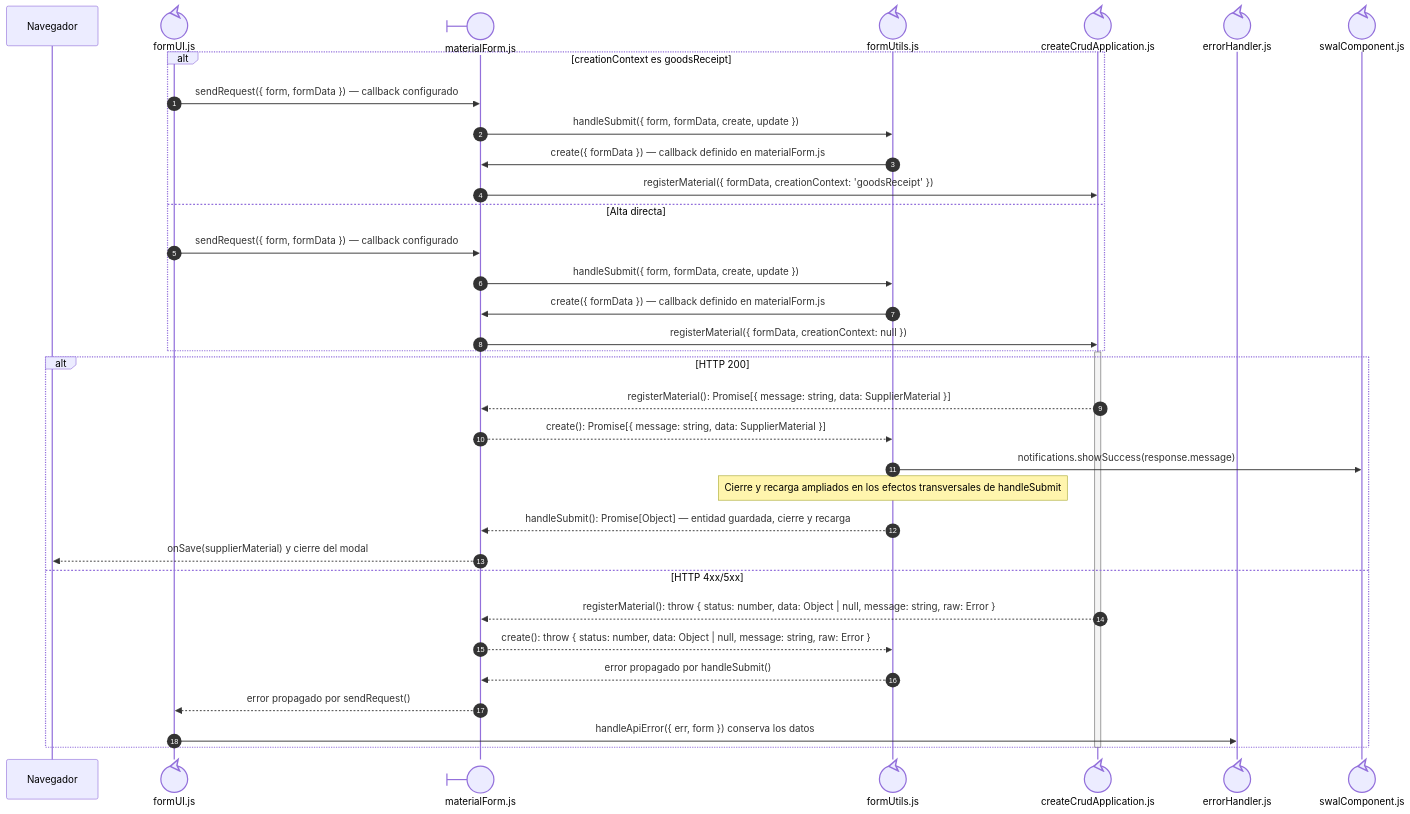
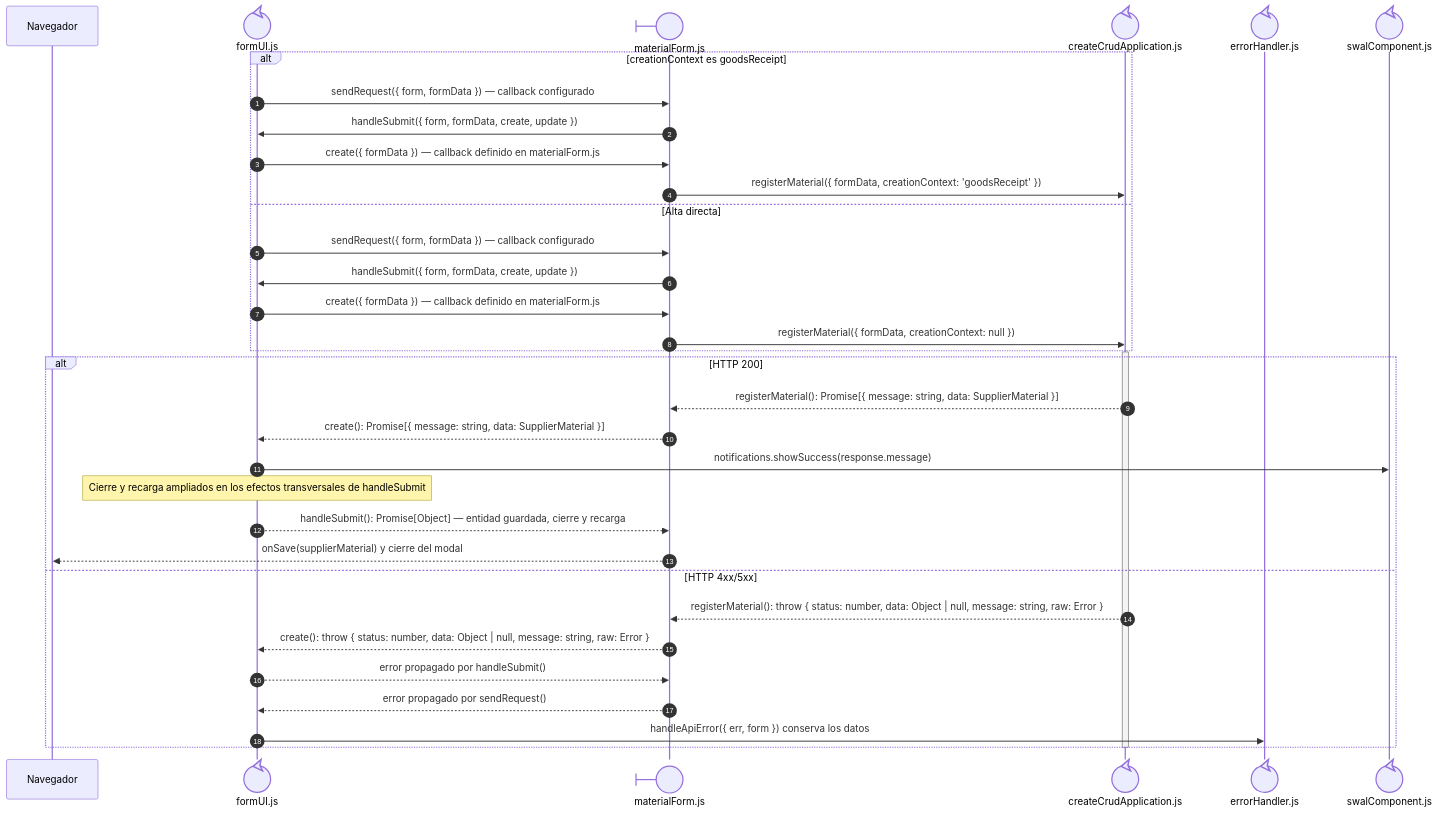
The third of 4 diagrams in docs/architecture/views/processes/frontend-code-sequences/catalogs/cu-alm-02.md (gpgsistemas01/nexus), drawn with Mermaid before and after one commit. The commit also changed other lines of this file and 200 other files, not shown here.

````diff
--- a/docs/architecture/views/processes/frontend-code-sequences/catalogs/cu-alm-02.md
+++ b/docs/architecture/views/processes/frontend-code-sequences/catalogs/cu-alm-02.md
@@ -156,41 +155,40 @@
 ```mermaid
 sequenceDiagram
     autonumber
     participant Browser as Navegador
     participant Form@{ "type": "control" } as formUI.js
     participant View@{ "type": "boundary" } as materialForm.js
-    participant FormUtils@{ "type": "control" } as formUtils.js
     participant Application@{ "type": "control" } as createCrudApplication.js
 
         alt creationContext es goodsReceipt
     participant FileErrorHandler@{ "type": "control" } as errorHandler.js
 
     participant FileSwalComponent@{ "type": "control" } as swalComponent.js
 
             Form->>View: sendRequest({ form, formData }) — callback configurado
-            View->>FormUtils: handleSubmit({ form, formData, create, update })
-            FormUtils->>View: create({ formData }) — callback definido en materialForm.js
+            View->>Form: handleSubmit({ form, formData, create, update })
+            Form->>View: create({ formData }) — callback definido en materialForm.js
             View->>Application: registerMaterial({ formData, creationContext: 'goodsReceipt' })
         else Alta directa
             Form->>View: sendRequest({ form, formData }) — callback configurado
-            View->>FormUtils: handleSubmit({ form, formData, create, update })
-            FormUtils->>View: create({ formData }) — callback definido en materialForm.js
+            View->>Form: handleSubmit({ form, formData, create, update })
+            Form->>View: create({ formData }) — callback definido en materialForm.js
             View->>Application: registerMaterial({ formData, creationContext: null })
     end
         activate Application
         alt HTTP 200
             Application-->>View: registerMaterial(): Promise[{ message: string, data: SupplierMaterial }]
-            View-->>FormUtils: create(): Promise[{ message: string, data: SupplierMaterial }]
-            FormUtils->>FileSwalComponent: notifications.showSuccess(response.message)
-            Note over FormUtils: Cierre y recarga ampliados en los efectos transversales de handleSubmit
-            FormUtils-->>View: handleSubmit(): Promise[Object] — entidad guardada, cierre y recarga
+            View-->>Form: create(): Promise[{ message: string, data: SupplierMaterial }]
+            Form->>FileSwalComponent: notifications.showSuccess(response.message)
+            Note over Form: Cierre y recarga ampliados en los efectos transversales de handleSubmit
+            Form-->>View: handleSubmit(): Promise[Object] — entidad guardada, cierre y recarga
             View-->>Browser: onSave(supplierMaterial) y cierre del modal
         else HTTP 4xx/5xx
             Application-->>View: registerMaterial(): throw { status: number, data: Object | null, message: string, raw: Error }
-            View-->>FormUtils: create(): throw { status: number, data: Object | null, message: string, raw: Error }
-            FormUtils-->>View: error propagado por handleSubmit()
+            View-->>Form: create(): throw { status: number, data: Object | null, message: string, raw: Error }
+            Form-->>View: error propagado por handleSubmit()
             View-->>Form: error propagado por sendRequest()
             Form->>FileErrorHandler: handleApiError({ err, form }) conserva los datos
     end
         deactivate Application
 ```
````
